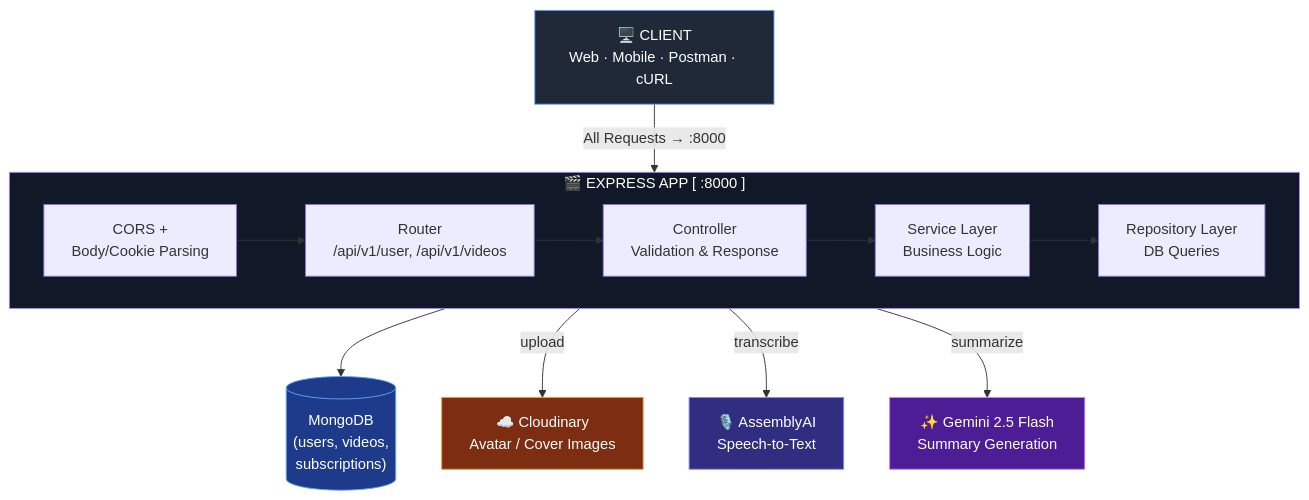
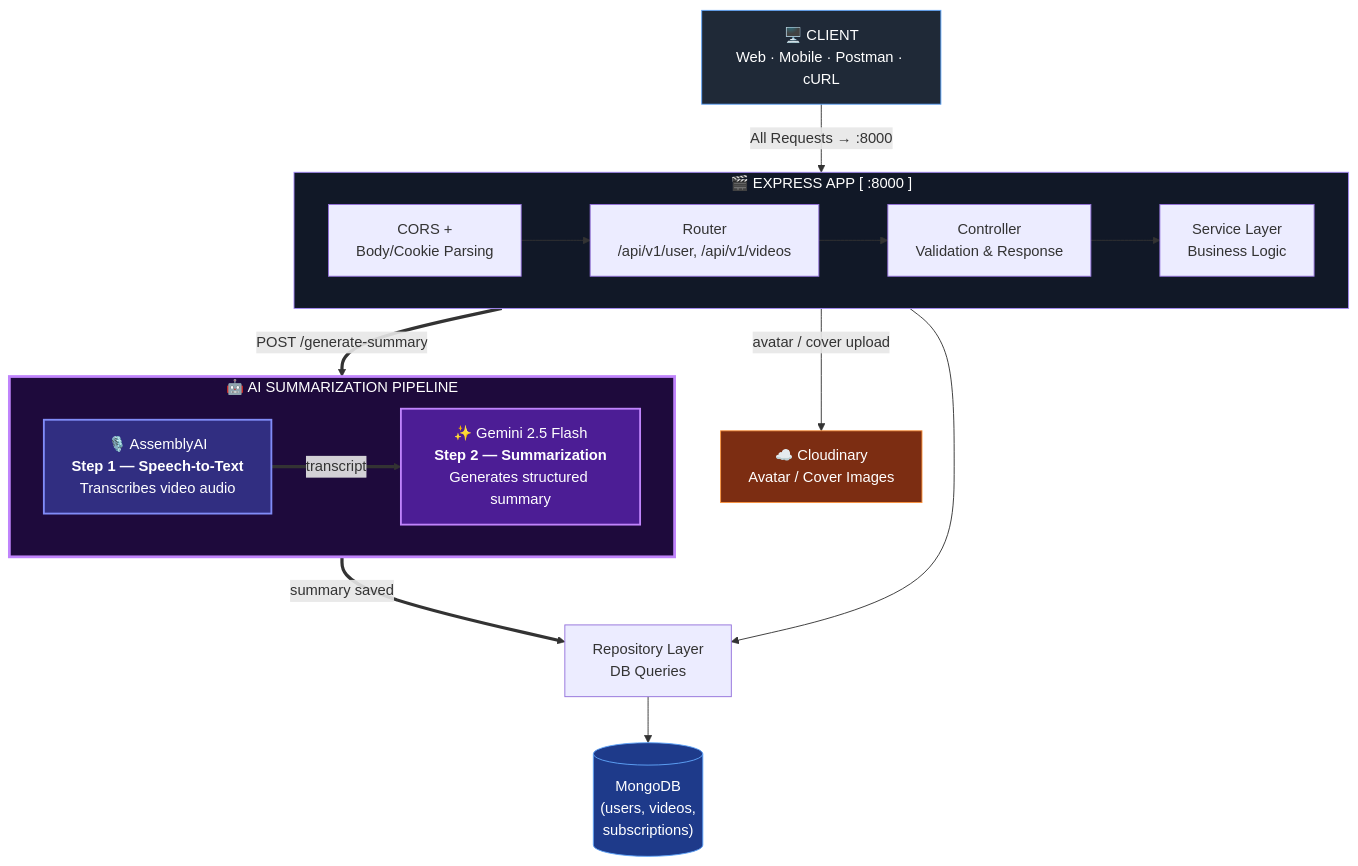
The diagram in Readme.md (Ritesh030/youtubeClone), drawn with Mermaid before and after one commit.

````diff
--- a/Readme.md
+++ b/Readme.md
@@ -104,24 +104,35 @@
 ```mermaid
 flowchart TB
     Client["🖥️ CLIENT<br/>Web · Mobile · Postman · cURL"]
 
     Client -->|"All Requests → :8000"| App
 
     subgraph App["🎬 EXPRESS APP  [ :8000 ]"]
         direction LR
-        M1["CORS +<br/>Body/Cookie Parsing"] --> M2["Router<br/>/api/v1/user, /api/v1/videos"] --> M3["Controller<br/>Validation & Response"] --> M4["Service Layer<br/>Business Logic"] --> M5["Repository Layer<br/>DB Queries"]
+        M1["CORS +<br/>Body/Cookie Parsing"] --> M2["Router<br/>/api/v1/user, /api/v1/videos"] --> M3["Controller<br/>Validation & Response"] --> M4["Service Layer<br/>Business Logic"]
     end
 
+    M4 --> M5["Repository Layer<br/>DB Queries"]
     M5 --> DB[("MongoDB<br/>(users, videos,<br/>subscriptions)")]
 
-    M4 -->|upload| Cloudinary["☁️ Cloudinary<br/>Avatar / Cover Images"]
-    M4 -->|transcribe| AssemblyAI["🎙️ AssemblyAI<br/>Speech-to-Text"]
-    M4 -->|summarize| Gemini["✨ Gemini 2.5 Flash<br/>Summary Generation"]
+    M4 -->|"avatar / cover upload"| Cloudinary["☁️ Cloudinary<br/>Avatar / Cover Images"]
+
+    M4 ==>|"POST /generate-summary"| AIPipeline
+
+    subgraph AIPipeline["🤖 AI SUMMARIZATION PIPELINE"]
+        direction LR
+        AssemblyAI["🎙️ AssemblyAI<br/><b>Step 1 — Speech-to-Text</b><br/>Transcribes video audio"]
+        Gemini["✨ Gemini 2.5 Flash<br/><b>Step 2 — Summarization</b><br/>Generates structured summary"]
+        AssemblyAI ==>|"transcript"| Gemini
+    end
+
+    AIPipeline ==>|"summary saved"| M5
 
     style Client fill:#1f2937,stroke:#60a5fa,color:#fff
     style App fill:#111827,stroke:#a78bfa,color:#fff
     style DB fill:#1e3a8a,stroke:#60a5fa,color:#fff
     style Cloudinary fill:#7c2d12,stroke:#fb923c,color:#fff
-    style AssemblyAI fill:#312e81,stroke:#818cf8,color:#fff
-    style Gemini fill:#4c1d95,stroke:#c084fc,color:#fff
+    style AIPipeline fill:#1e0a3c,stroke:#c084fc,stroke-width:3px,color:#fff
+    style AssemblyAI fill:#312e81,stroke:#818cf8,stroke-width:2px,color:#fff
+    style Gemini fill:#4c1d95,stroke:#c084fc,stroke-width:2px,color:#fff
 ```
````
